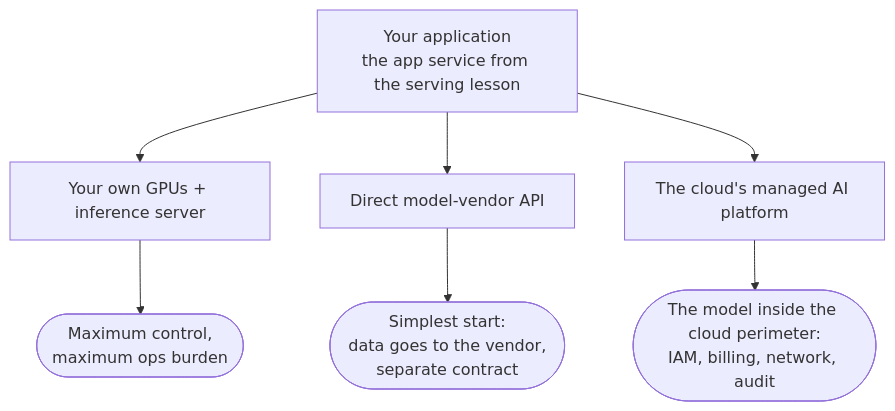
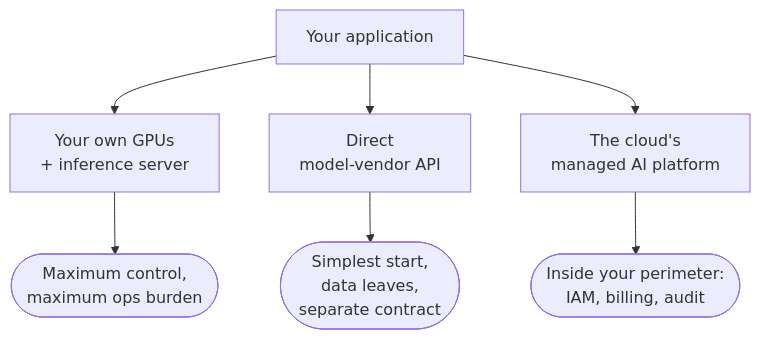
The diagram in docs/part-3-production/cloud-platforms/index.md (NikolaiSachok/ai-engineering-handbook), drawn with Mermaid before and after one commit. The commit also changed 75 other files, not shown here.

First line of the commit message:
fix(diagrams): re-author wide diagrams, and measure the three locales the gate never saw (#441)

````diff
--- a/docs/part-3-production/cloud-platforms/index.md
+++ b/docs/part-3-production/cloud-platforms/index.md
@@ -21,9 +21,9 @@
 ```mermaid
 flowchart TD
-    APP["Your application<br/>the app service from the serving lesson"] --> OWN["Your own GPUs + inference server"]
-    APP --> VENDOR["Direct model-vendor API"]
-    APP --> CLOUD["The cloud's managed AI platform"]
+    APP["Your application"] --> OWN["Your own GPUs<br/>+ inference server"]
+    APP --> VENDOR["Direct<br/>model-vendor API"]
+    APP --> CLOUD["The cloud's<br/>managed AI platform"]
     OWN --> OWN2(["Maximum control,<br/>maximum ops burden"])
-    VENDOR --> VENDOR2(["Simplest start:<br/>data goes to the vendor,<br/>separate contract"])
-    CLOUD --> CLOUD2(["The model inside the cloud perimeter:<br/>IAM, billing, network, audit"])
+    VENDOR --> VENDOR2(["Simplest start,<br/>data leaves,<br/>separate contract"])
+    CLOUD --> CLOUD2(["Inside your perimeter:<br/>IAM, billing, audit"])
 ```
````
